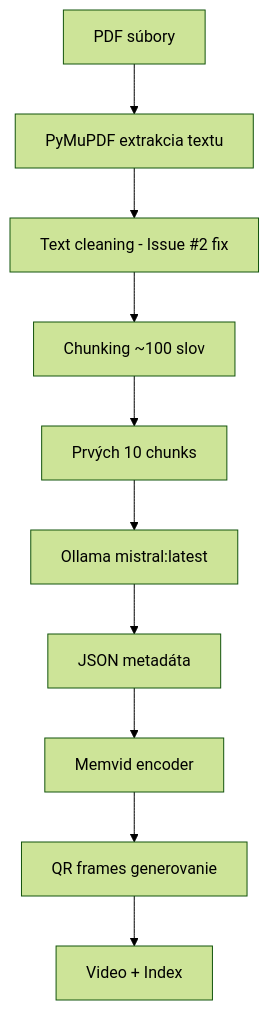
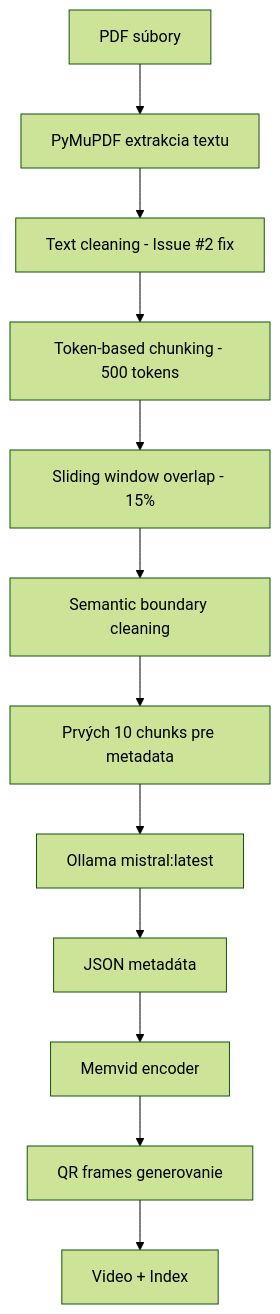
The diagram in README.md (entira/elibrary), drawn with Mermaid (forest theme) before and after one commit. The commit also changed other lines of this file and 38 other files, not shown here.

````diff
--- a/README.md
+++ b/README.md
@@ -70,12 +75,14 @@
 ```mermaid
 graph TD
     A[PDF súbory] --> B[PyMuPDF extrakcia textu]
     B --> C[Text cleaning - Issue #2 fix]
-    C --> D[Chunking ~100 slov]
-    D --> E[Prvých 10 chunks]
-    E --> F[Ollama mistral:latest]
-    F --> G[JSON metadáta]
-    G --> H[Memvid encoder]
-    H --> I[QR frames generovanie]
-    I --> J[Video + Index]
+    C --> D[Token-based chunking - 500 tokens]
+    D --> E[Sliding window overlap - 15%]
+    E --> F[Semantic boundary cleaning]
+    F --> G[Prvých 10 chunks pre metadata]
+    G --> H[Ollama mistral:latest]
+    H --> I[JSON metadáta]
+    I --> J[Memvid encoder]
+    J --> K[QR frames generovanie]
+    K --> L[Video + Index]
 ```
````
